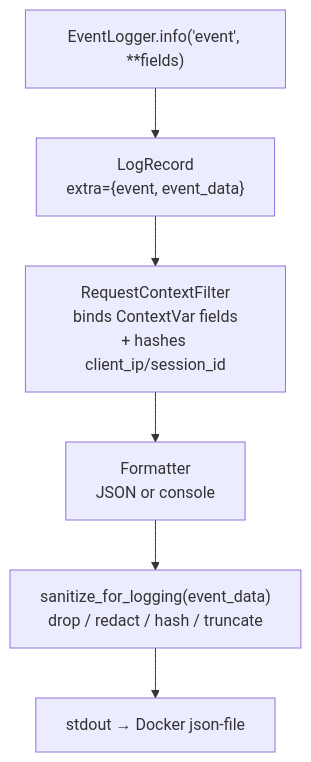
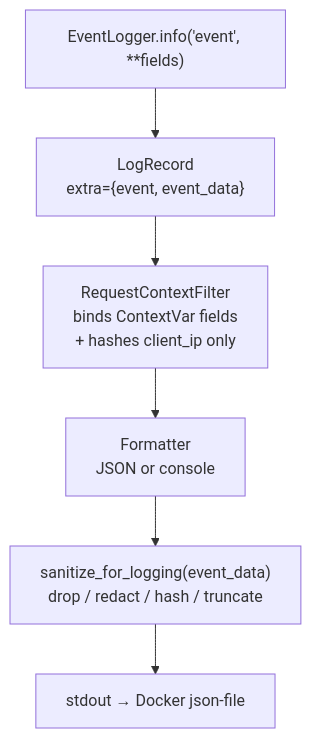
Before and after one commit to konstantinosmpouros/mAgenticX: the second of 5 diagrams in docs/development/observability.md, drawn with Mermaid. The commit also changed other lines of this file and 18 other files, not shown here.

````diff
--- a/docs/development/observability.md
+++ b/docs/development/observability.md
@@ -33,8 +33,8 @@
 ```mermaid
 flowchart TD
     Call["EventLogger.info('event', **fields)"] --> Record["LogRecord\nextra={event, event_data}"]
-    Record --> Filter["RequestContextFilter\nbinds ContextVar fields\n+ hashes client_ip/session_id"]
+    Record --> Filter["RequestContextFilter\nbinds ContextVar fields\n+ hashes client_ip only"]
     Filter --> Fmt["Formatter\nJSON or console"]
     Fmt --> San["sanitize_for_logging(event_data)\ndrop / redact / hash / truncate"]
     San --> Out["stdout → Docker json-file"]
 ```
````
